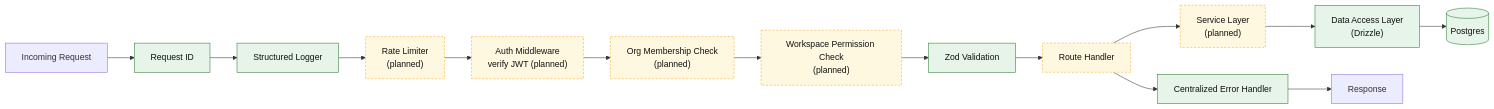
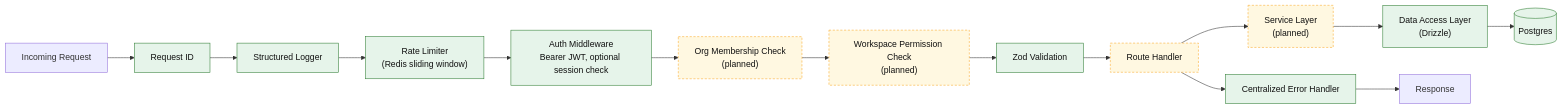
The sixth of 8 diagrams in docs/architecture/Atlas — Architecture Diagrams (MVP Scope).md (kkbaidu/AI-Powered-Knowledge-OS), drawn with Mermaid before and after one commit. The commit also changed other lines of this file, not shown here.

Commit message:
docs: mark rate limiter and auth middleware as built in the lifecycle diagram
Claude-Session: https://claude.ai/code/session_018dwpmgTVbqVuNB2j6JWqJB

````diff
--- a/docs/architecture/Atlas — Architecture Diagrams (MVP Scope).md
+++ b/docs/architecture/Atlas — Architecture Diagrams (MVP Scope).md
@@ -291,21 +291,21 @@
 ```mermaid
 flowchart LR
     Req[Incoming Request] --> ReqId[Request ID]
     ReqId --> Log[Structured Logger]
-    Log --> RateLimit["Rate Limiter<br/>(planned)"]
-    RateLimit --> AuthMW["Auth Middleware<br/>verify JWT (planned)"]
+    Log --> RateLimit["Rate Limiter<br/>(Redis sliding window)"]
+    RateLimit --> AuthMW["Auth Middleware<br/>Bearer JWT, optional session check"]
     AuthMW --> OrgMW["Org Membership Check<br/>(planned)"]
     OrgMW --> WsMW["Workspace Permission Check<br/>(planned)"]
     WsMW --> Validate[Zod Validation]
     Validate --> Controller[Route Handler]
     Controller --> Service["Service Layer<br/>(planned)"]
     Service --> Repo["Data Access Layer<br/>(Drizzle)"]
     Repo --> DB[(Postgres)]
     Controller --> ErrorHandler[Centralized Error Handler]
     ErrorHandler --> Res[Response]
 
     classDef built fill:#e6f4ea,stroke:#2e7d32,color:#111;
     classDef planned fill:#fff8e1,stroke:#f9a825,stroke-dasharray: 4 3,color:#111;
-    class ReqId,Log,Validate,ErrorHandler,Repo,DB built;
-    class RateLimit,AuthMW,OrgMW,WsMW,Service,Controller planned;
+    class ReqId,Log,Validate,ErrorHandler,Repo,DB,RateLimit,AuthMW built;
+    class OrgMW,WsMW,Service,Controller planned;
 ```
````
